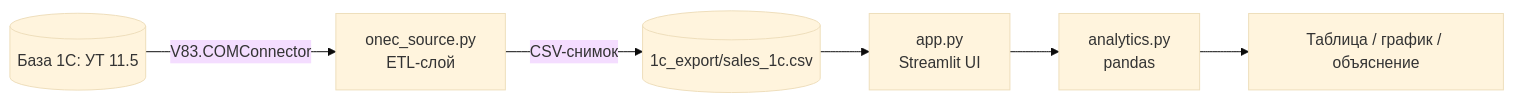
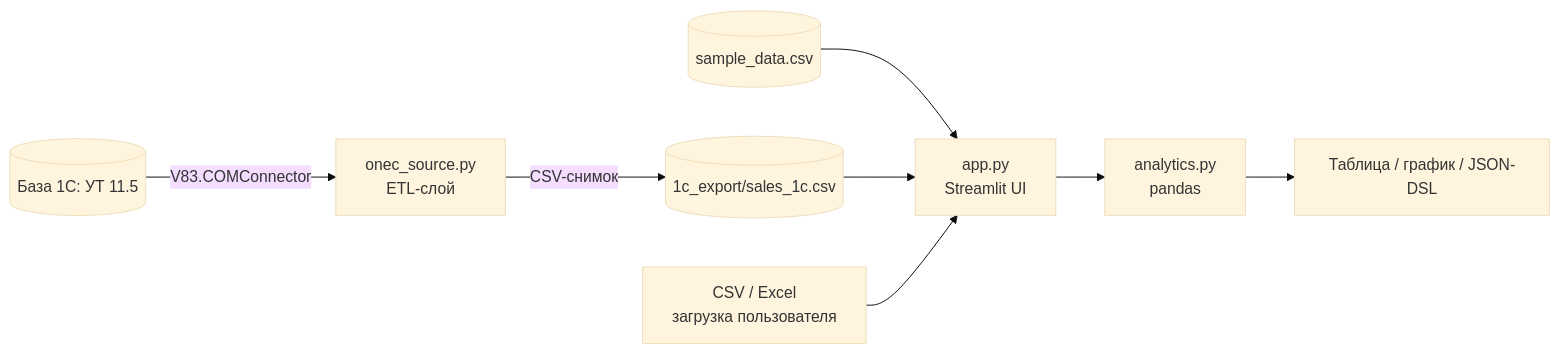
Before and after one commit to Smaturus/1c-ai-analyst: the diagram in README.md, drawn with Mermaid (base theme). The commit also changed other lines of this file, not shown here.

Commit message:
docs: expand architecture and data contract

````diff
--- a/README.md
+++ b/README.md
@@ -13,8 +13,10 @@
 ```mermaid
 flowchart LR
     BASE[("База 1С: УТ 11.5")] -->|V83.COMConnector| ETL["onec_source.py<br/>ETL-слой"]
     ETL -->|CSV-снимок| SNAP[("1c_export/sales_1c.csv")]
-    SNAP --> APP["app.py<br/>Streamlit UI"]
+    SAMPLE[("sample_data.csv")] --> APP["app.py<br/>Streamlit UI"]
+    SNAP --> APP
+    UPLOAD["CSV / Excel<br/>загрузка пользователя"] --> APP
     APP --> ANALYTICS["analytics.py<br/>pandas"]
-    ANALYTICS --> OUT["Таблица / график / объяснение"]
+    ANALYTICS --> OUT["Таблица / график / JSON-DSL"]
 ```
````
